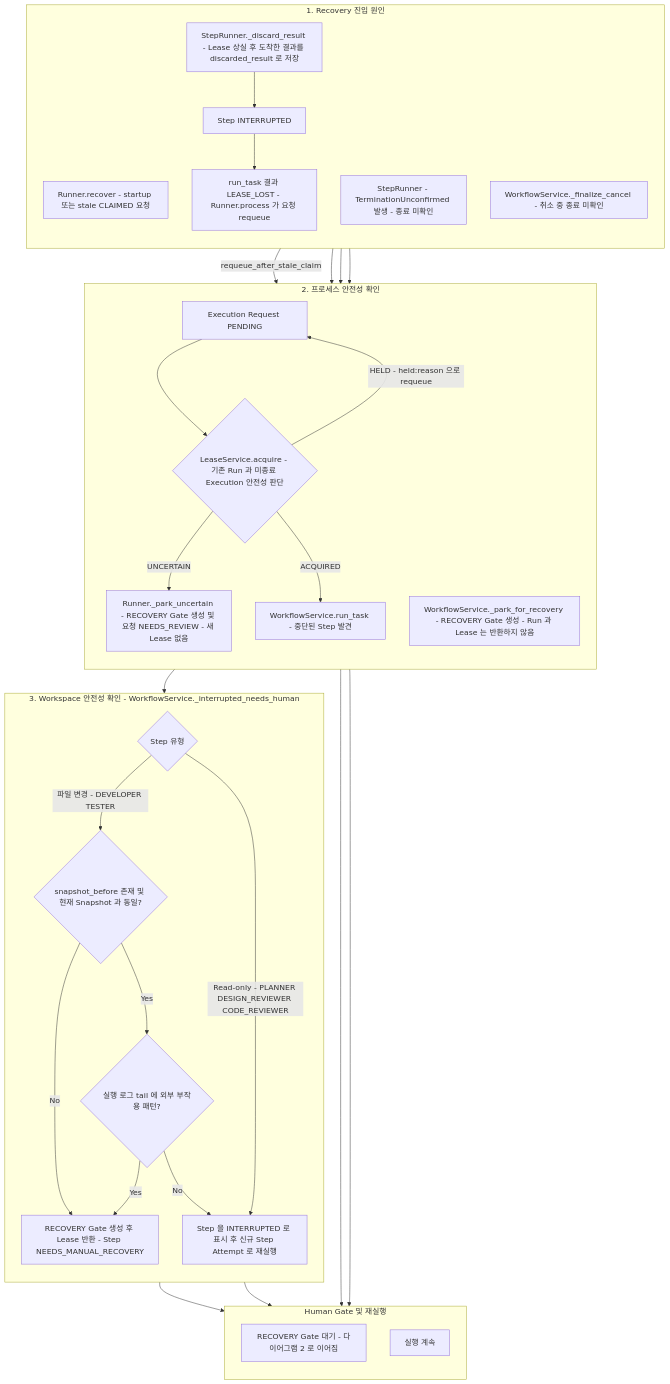
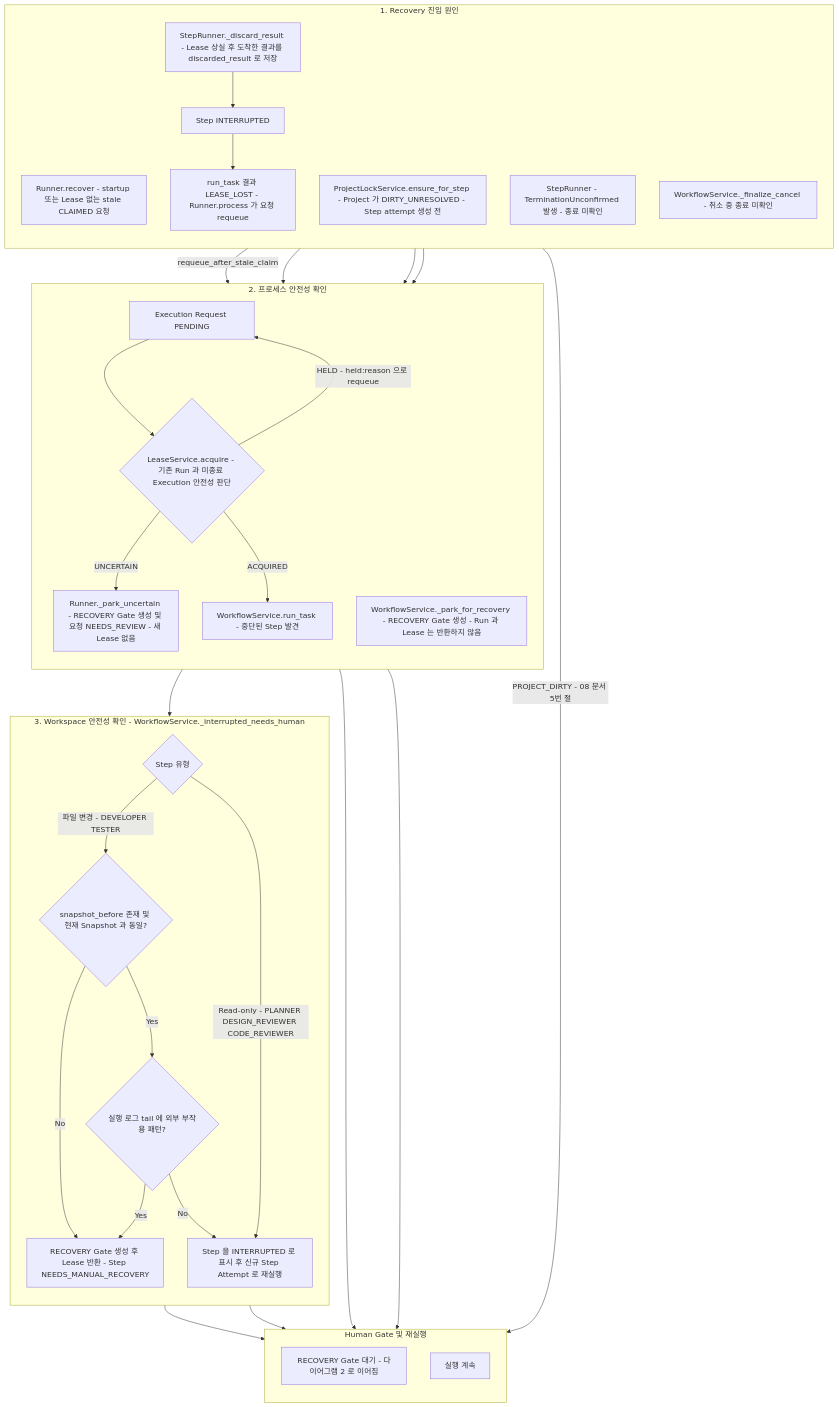
One commit to mdgome/orchestra-ai changed the first of 2 diagrams in docs/workflow/09-recovery.md. Above: the diagram before and after it, drawn with Mermaid. The commit also changed other lines of this file and 13 other files, not shown here.

````diff
--- a/docs/workflow/09-recovery.md
+++ b/docs/workflow/09-recovery.md
@@ -14,48 +14,50 @@
 ```mermaid
 flowchart TD
     subgraph CAUSE["1. Recovery 진입 원인"]
         direction TB
-        E1["Runner.recover - startup 또는 stale CLAIMED 요청"]
+        E1["Runner.recover - startup 또는 Lease 없는 stale CLAIMED 요청"]
+        E7["ProjectLockService.ensure_for_step - Project 가 DIRTY_UNRESOLVED - Step attempt 생성 전"]
         E3["StepRunner - TerminationUnconfirmed 발생 - 종료 미확인"]
         E5["WorkflowService._finalize_cancel - 취소 중 종료 미확인"]
         E6a["StepRunner._discard_result - Lease 상실 후 도착한 결과를 discarded_result 로 저장"]
         E6a --> E6b["Step INTERRUPTED"]
         E6b --> E6c["run_task 결과 LEASE_LOST - Runner.process 가 요청 requeue"]
     end
 
     subgraph PROCESS["2. 프로세스 안전성 확인"]
         direction TB
         RQ["Execution Request PENDING"] --> ACQ{"LeaseService.acquire - 기존 Run 과 미종료 Execution 안전성 판단"}
         ACQ -->|"HELD - held:reason 으로 requeue"| RQ
         ACQ -->|"UNCERTAIN"| PU["Runner._park_uncertain - RECOVERY Gate 생성 및 요청 NEEDS_REVIEW - 새 Lease 없음"]
         ACQ -->|"ACQUIRED"| RT["WorkflowService.run_task - 중단된 Step 발견"]
         PL["WorkflowService._park_for_recovery - RECOVERY Gate 생성 - Run 과 Lease 는 반환하지 않음"]
     end
 
     subgraph WORKSPACE["3. Workspace 안전성 확인 - WorkflowService._interrupted_needs_human"]
         direction TB
         T{"Step 유형"}
         T -->|"파일 변경 - DEVELOPER TESTER"| S{"snapshot_before 존재 및 현재 Snapshot 과 동일?"}
         S -->|"Yes"| X{"실행 로그 tail 에 외부 부작용 패턴?"}
         S -->|"No"| G3["RECOVERY Gate 생성 후 Lease 반환 - Step NEEDS_MANUAL_RECOVERY"]
         X -->|"Yes"| G3
         X -->|"No"| RR["Step 을 INTERRUPTED 로 표시 후 신규 Step Attempt 로 재실행"]
         T -->|"Read-only - PLANNER DESIGN_REVIEWER CODE_REVIEWER"| RR
     end
 
     subgraph OUT["Human Gate 및 재실행"]
         direction TB
         WAIT["RECOVERY Gate 대기 - 다이어그램 2 로 이어짐"]
         CONT["실행 계속"]
     end
 
     E1 -->|"requeue_after_stale_claim"| RQ
     E6c --> RQ
+    E7 -->|"PROJECT_DIRTY - 08 문서 5번 절"| WAIT
     E3 --> PL
     E5 --> PL
     RT --> T
     PU --> WAIT
     PL --> WAIT
     G3 --> WAIT
     RR --> CONT
 ```
````
